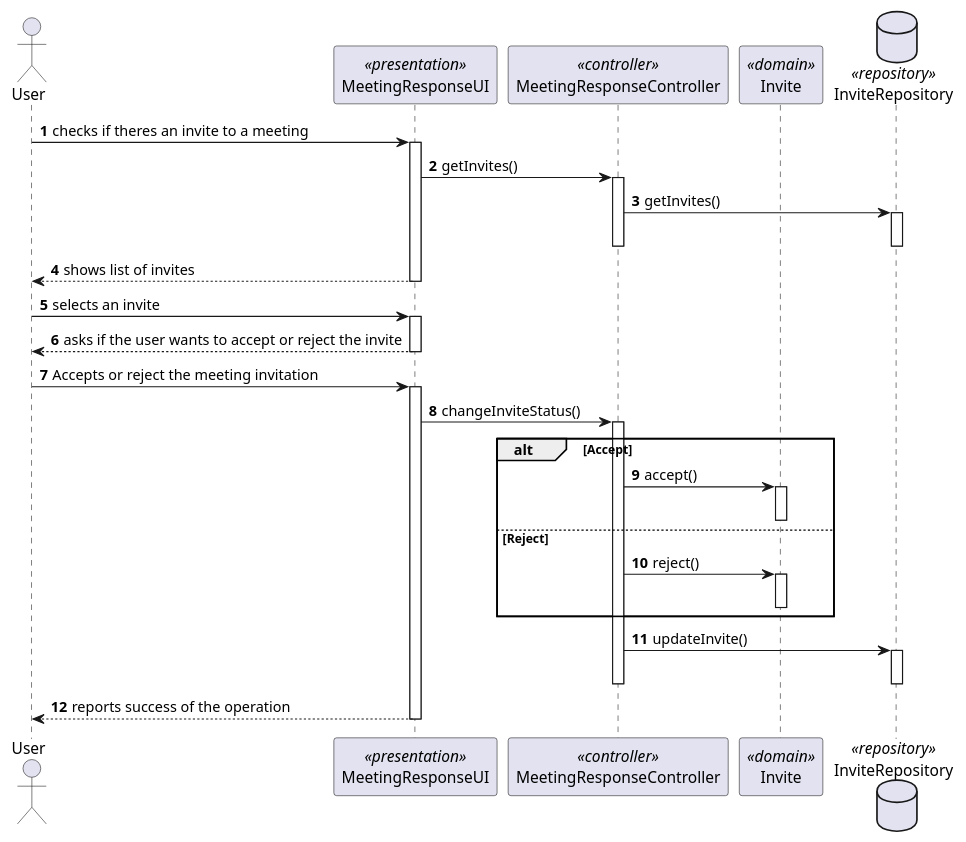
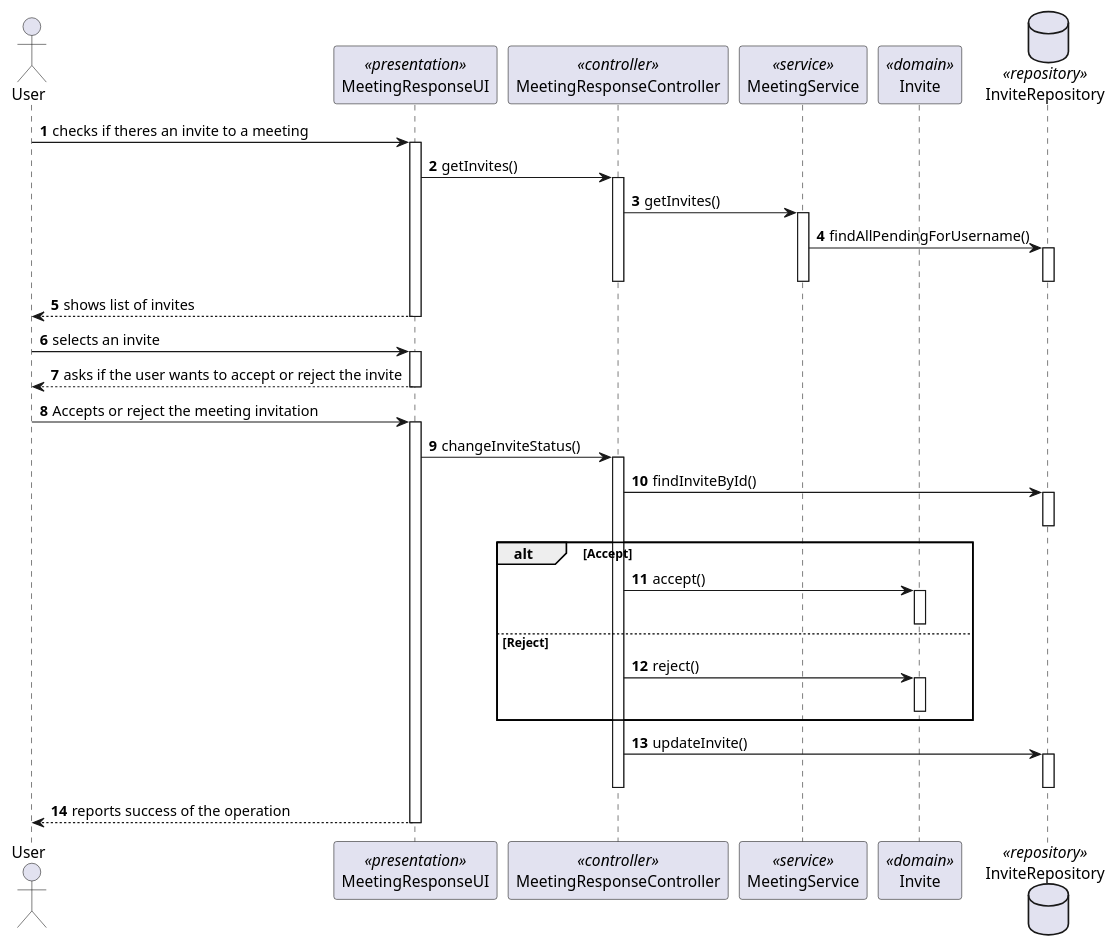
Before and after one commit to miseEnPlace-dev/lapr4: the diagram in docs/sprint-c/us41-4003/US4003_SD.puml, drawn with PlantUML. The commit also changed 86 other files, not shown here.

```diff
--- a/docs/sprint-c/us41-4003/US4003_SD.puml
+++ b/docs/sprint-c/us41-4003/US4003_SD.puml
@@ -1,61 +1,70 @@
 @startuml US4003_SD
 autonumber
 
 actor "User" as U
 
 participant "MeetingResponseUI" as UI <<presentation>>
 participant "MeetingResponseController" as CTRL <<controller>>
+participant "MeetingService" as MS <<service>>
 participant "Invite" as INV <<domain>>
 
 database InviteRepository as IR <<repository>>
 
 U -> UI : checks if theres an invite to a meeting
 activate UI
 
 UI -> CTRL : getInvites()
 activate CTRL
 
-CTRL -> IR : getInvites()
+CTRL -> MS : getInvites()
+activate MS
+
+MS -> IR : findAllPendingForUsername()
 activate IR
 deactivate IR
 
+deactivate MS
 deactivate CTRL
 
 UI --> U : shows list of invites
 deactivate UI
 
 U -> UI : selects an invite
 activate UI
 
 UI --> U : asks if the user wants to accept or reject the invite
 deactivate UI
 
 U -> UI : Accepts or reject the meeting invitation
 activate UI
 
 UI -> CTRL : changeInviteStatus()
 activate CTRL
+
+CTRL -> IR : findInviteById()
+activate IR
+deactivate IR
 
 alt Accept
     CTRL -> INV : accept()
     activate INV
     deactivate INV
 else Reject
     CTRL -> INV : reject()
     activate INV
     deactivate INV
 end
 
 CTRL -> IR : updateInvite()
 activate IR
 deactivate IR
 
 deactivate CTRL
 
 UI --> U : reports success of the operation
 deactivate UI
 
 
 
 
 @enduml
```
